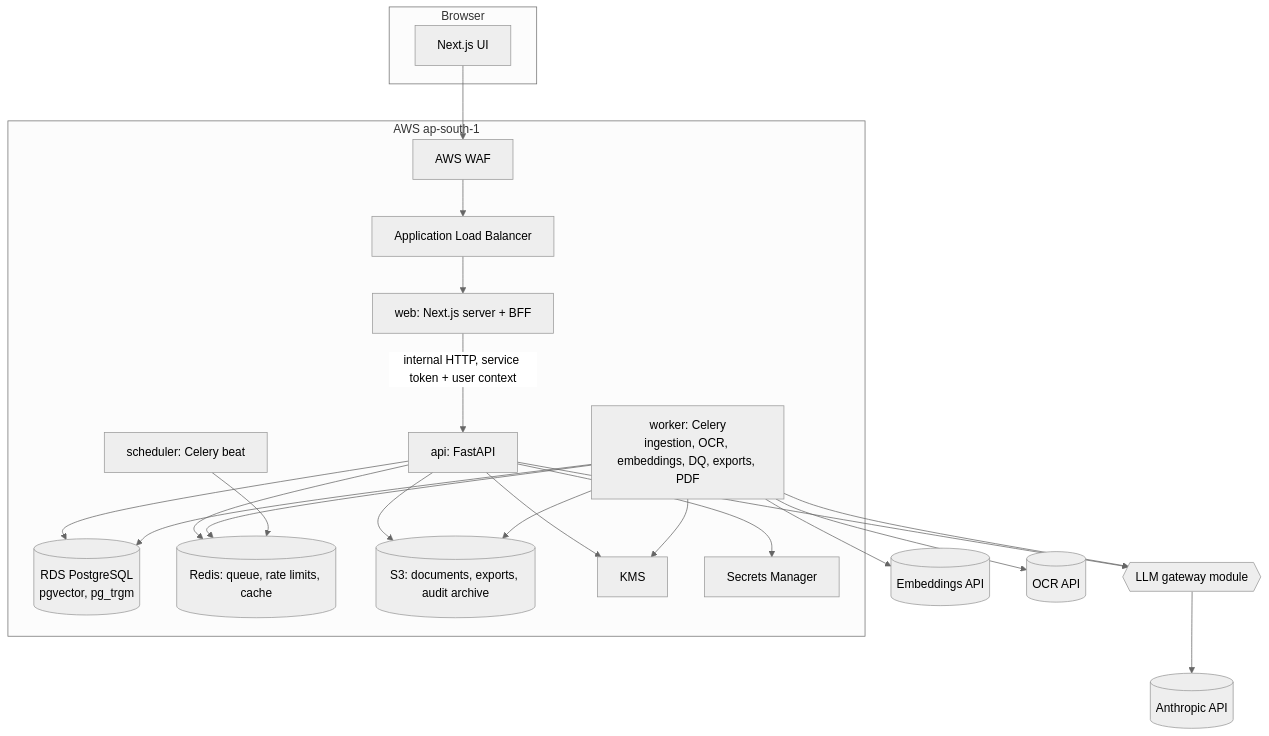
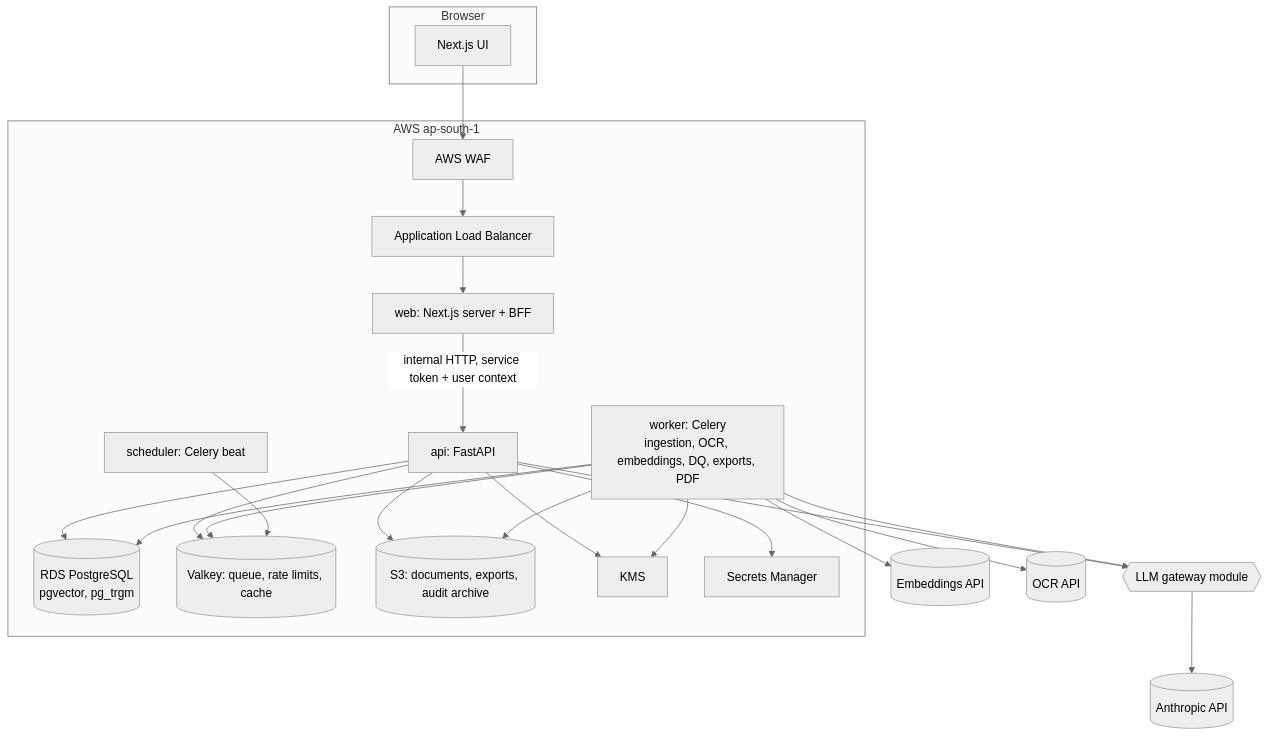
One commit to bb3agency/school-os changed the second of 7 diagrams in docs/04-system-architecture.md. Above: the diagram before and after it, drawn with Mermaid (neutral theme). The commit also changed other lines of this file and 1 other file, not shown here.

First line of the commit message:
docs: update architecture and data model for tiers, control plane and privilege separation (ADR-0013..0015)

````diff
--- a/docs/04-system-architecture.md
+++ b/docs/04-system-architecture.md
@@ -39,27 +41,27 @@
 ```mermaid
 flowchart TB
   subgraph Browser
     ui[Next.js UI]
   end
   subgraph aws["AWS ap-south-1"]
     waf[AWS WAF] --> alb[Application Load Balancer]
     alb --> web[web: Next.js server + BFF]
     web -->|internal HTTP, service token + user context| api[api: FastAPI]
     api --> pg[(RDS PostgreSQL<br/>pgvector, pg_trgm)]
-    api --> redis[(Redis: queue, rate limits, cache)]
+    api --> redis[(Valkey: queue, rate limits, cache)]
     api --> s3[(S3: documents, exports, audit archive)]
     worker[worker: Celery<br/>ingestion, OCR, embeddings, DQ, exports, PDF] --> pg
     worker --> redis
     worker --> s3
     beat[scheduler: Celery beat] --> redis
     api --> kms[KMS]
     worker --> kms
     api --> sm[Secrets Manager]
   end
   ui --> waf
   api --> gw{{LLM gateway module}}
   worker --> gw
   gw --> llm[(Anthropic API)]
   worker --> emb[(Embeddings API)]
   worker --> ocr[(OCR API)]
 ```
````
